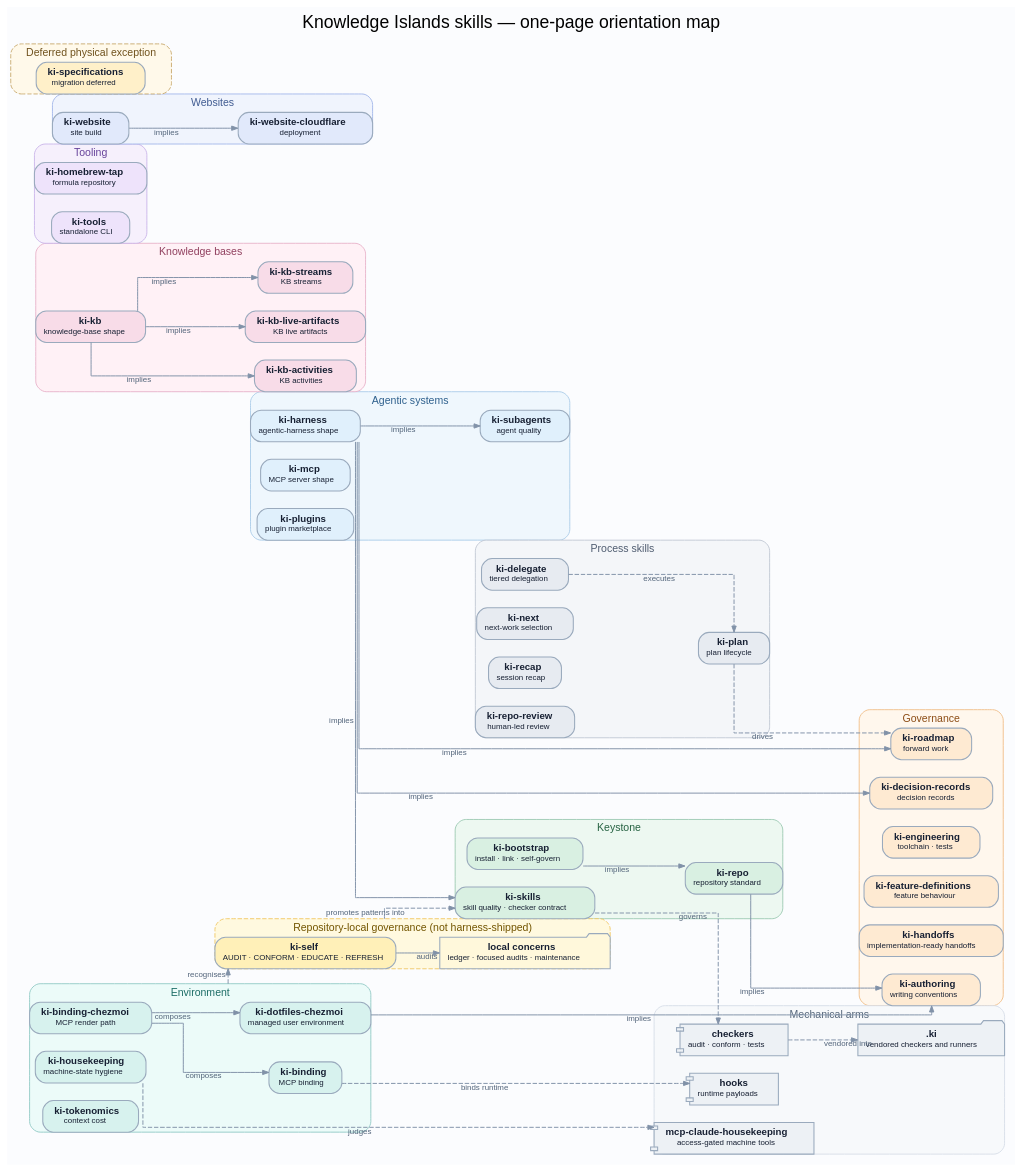
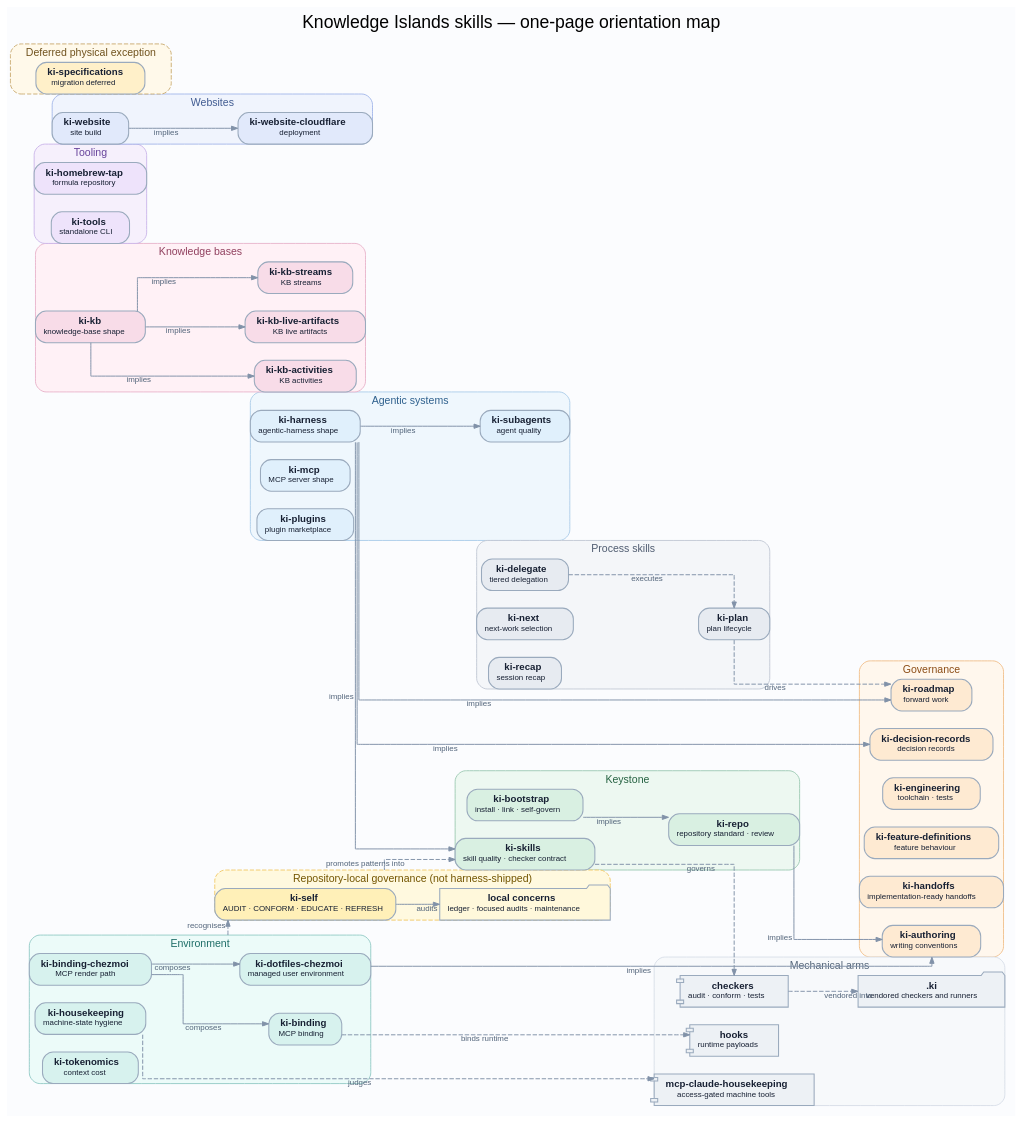
The diagram in docs/diagrams/skills-map.dot (knowledgeislands/arcadia-skills), drawn with Graphviz before and after one commit. The commit also changed 13 other files, not shown here.

Commit message:
refactor(ki-repo): fold repository review into REVIEW

```diff
--- a/docs/diagrams/skills-map.dot
+++ b/docs/diagrams/skills-map.dot
@@ -1,198 +1,197 @@
 // Canonical source for the harness skills map. DOT is authoritative; regenerate
 // skills-map.svg with: dot -Tsvg skills-map.dot -o skills-map.svg
 digraph skills_map {
   graph [
     bgcolor="#fbfcfe"
     color="#d9e1ea"
     compound=true
     fontname="Helvetica"
     fontsize=20
     label="Knowledge Islands skills — one-page orientation map"
     labelloc=t
     margin=0.25
     nodesep=0.28
     rankdir=LR
     ranksep=0.7
     splines=ortho
   ]
 
   node [
     color="#9aaabd"
     fontcolor="#172033"
     fontname="Helvetica"
     fontsize=11
     margin="0.13,0.08"
     penwidth=1.2
     shape=box
     style="rounded,filled"
   ]
 
   edge [
     arrowsize=0.7
     color="#8192a8"
     fontcolor="#52647a"
     fontname="Helvetica"
     fontsize=9
     penwidth=1.1
   ]
 
   subgraph cluster_agentic_systems {
     color="#a9cbe8"
     fontcolor="#2e608d"
     fontsize=12
     label="Agentic systems"
     style="rounded,filled"
     fillcolor="#eff7fd"
     harness [fillcolor="#e0f0fc", label=< <b>ki-harness</b><br/><font point-size="9">agentic-harness shape</font> >]
     mcp [fillcolor="#e0f0fc", label=< <b>ki-mcp</b><br/><font point-size="9">MCP server shape</font> >]
     plugins [fillcolor="#e0f0fc", label=< <b>ki-plugins</b><br/><font point-size="9">plugin marketplace</font> >]
     agents [fillcolor="#e0f0fc", label=< <b>ki-subagents</b><br/><font point-size="9">agent quality</font> >]
   }
 
   subgraph cluster_environment {
     color="#8fc9c4"
     fontcolor="#1d6d67"
     fontsize=12
     label="Environment"
     style="rounded,filled"
     fillcolor="#ecfbf9"
     binding [fillcolor="#d7f2ee", label=< <b>ki-binding</b><br/><font point-size="9">MCP binding</font> >]
     binding_chezmoi [fillcolor="#d7f2ee", label=< <b>ki-binding-chezmoi</b><br/><font point-size="9">MCP render path</font> >]
     dotfiles [fillcolor="#d7f2ee", label=< <b>ki-dotfiles-chezmoi</b><br/><font point-size="9">managed user environment</font> >]
     housekeeping [fillcolor="#d7f2ee", label=< <b>ki-housekeeping</b><br/><font point-size="9">machine-state hygiene</font> >]
     tokenomics [fillcolor="#d7f2ee", label=< <b>ki-tokenomics</b><br/><font point-size="9">context cost</font> >]
   }
 
   subgraph cluster_governance {
     color="#f0bd86"
     fontcolor="#8c4d16"
     fontsize=12
     label="Governance"
     style="rounded,filled"
     fillcolor="#fff7ed"
     authoring [fillcolor="#feead2", label=< <b>ki-authoring</b><br/><font point-size="9">writing conventions</font> >, tooltip="Markdown and TOML authoring conventions"]
     decisions [fillcolor="#feead2", label=< <b>ki-decision-records</b><br/><font point-size="9">decision records</font> >]
     engineering [fillcolor="#feead2", label=< <b>ki-engineering</b><br/><font point-size="9">toolchain · tests</font> >, tooltip="Engineering toolchain and tests"]
     features [fillcolor="#feead2", label=< <b>ki-feature-definitions</b><br/><font point-size="9">feature behaviour</font> >]
     handoffs [fillcolor="#feead2", label=< <b>ki-handoffs</b><br/><font point-size="9">implementation-ready handoffs</font> >]
     roadmap [fillcolor="#feead2", label=< <b>ki-roadmap</b><br/><font point-size="9">forward work</font> >]
   }
 
   subgraph cluster_keystone {
     color="#9ac8b1"
     fontcolor="#266242"
     fontsize=12
     label="Keystone"
     style="rounded,filled"
     fillcolor="#edf8f1"
     bootstrap [fillcolor="#d9f0e2", label=< <b>ki-bootstrap</b><br/><font point-size="9">install · link · self-govern</font> >, tooltip="Keystone installer and self-governance bootstrap"]
-    repo [fillcolor="#d9f0e2", label=< <b>ki-repo</b><br/><font point-size="9">repository standard</font> >, tooltip="Repository structure, settings, and .ki-config.toml"]
+    repo [fillcolor="#d9f0e2", label=< <b>ki-repo</b><br/><font point-size="9">repository standard · review</font> >, tooltip="Repository structure, settings, .ki-config.toml, and human-led review"]
     skills [fillcolor="#d9f0e2", label=< <b>ki-skills</b><br/><font point-size="9">skill quality · checker contract</font> >]
   }
 
   subgraph cluster_knowledge_bases {
     color="#e7b0c9"
     fontcolor="#91405f"
     fontsize=12
     label="Knowledge bases"
     style="rounded,filled"
     fillcolor="#fff1f6"
     kb [fillcolor="#f8dce8", label=< <b>ki-kb</b><br/><font point-size="9">knowledge-base shape</font> >]
     kb_activities [fillcolor="#f8dce8", label=< <b>ki-kb-activities</b><br/><font point-size="9">KB activities</font> >]
     kb_artifacts [fillcolor="#f8dce8", label=< <b>ki-kb-live-artifacts</b><br/><font point-size="9">KB live artifacts</font> >]
     kb_streams [fillcolor="#f8dce8", label=< <b>ki-kb-streams</b><br/><font point-size="9">KB streams</font> >]
   }
 
   subgraph cluster_process {
     color="#bfc6d3"
     fontcolor="#4f5c70"
     fontsize=12
     label="Process skills"
     style="rounded,filled"
     fillcolor="#f4f6f9"
     delegate [fillcolor="#e7ebf1", label=< <b>ki-delegate</b><br/><font point-size="9">tiered delegation</font> >]
     next [fillcolor="#e7ebf1", label=< <b>ki-next</b><br/><font point-size="9">next-work selection</font> >]
     plan [fillcolor="#e7ebf1", label=< <b>ki-plan</b><br/><font point-size="9">plan lifecycle</font> >]
     recap [fillcolor="#e7ebf1", label=< <b>ki-recap</b><br/><font point-size="9">session recap</font> >]
-    repo_review [fillcolor="#e7ebf1", label=< <b>ki-repo-review</b><br/><font point-size="9">human-led review</font> >]
   }
 
   subgraph cluster_tooling {
     color="#c9b3e8"
     fontcolor="#67439b"
     fontsize=12
     label="Tooling"
     style="rounded,filled"
     fillcolor="#f6f0fc"
     tap [fillcolor="#eee3fb", label=< <b>ki-homebrew-tap</b><br/><font point-size="9">formula repository</font> >]
     tools [fillcolor="#eee3fb", label=< <b>ki-tools</b><br/><font point-size="9">standalone CLI</font> >]
   }
 
   subgraph cluster_websites {
     color="#9fb4e8"
     fontcolor="#405b91"
     fontsize=12
     label="Websites"
     style="rounded,filled"
     fillcolor="#f0f4fd"
     website [fillcolor="#e1e9fb", label=< <b>ki-website</b><br/><font point-size="9">site build</font> >]
     cloudflare [fillcolor="#e1e9fb", label=< <b>ki-website-cloudflare</b><br/><font point-size="9">deployment</font> >]
   }
 
   subgraph cluster_deferred {
     color="#c7a76a"
     fontcolor="#70521d"
     fontsize=12
     label="Deferred physical exception"
     style="rounded,filled,dashed"
     fillcolor="#fff9ea"
     specifications [fillcolor="#fff0c9", label=< <b>ki-specifications</b><br/><font point-size="9">migration deferred</font> >]
   }
 
   subgraph cluster_local {
     color="#f1c65f"
     fontcolor="#735500"
     fontsize=12
     label="Repository-local governance (not harness-shipped)"
     style="rounded,filled,dashed"
     fillcolor="#fff9df"
     self [fillcolor="#fff0b8", label=< <b>ki-self</b><br/><font point-size="9">AUDIT · CONFORM · EDUCATE · REFRESH</font> >, tooltip="Local concerns; audit is the repository-local housekeeping audit"]
     concerns [fillcolor="#fff8db", label=< <b>local concerns</b><br/><font point-size="9">ledger · focused audits · maintenance</font> >, shape=folder, tooltip="Repository-specific checks and semi-regular human review"]
   }
 
   subgraph cluster_arms {
     color="#d6dde7"
     fontcolor="#56677b"
     fontsize=12
     label="Mechanical arms"
     style="rounded,filled"
     fillcolor="#f7f9fb"
     checkers [fillcolor="#edf1f5", label=< <b>checkers</b><br/><font point-size="9">audit · conform · tests</font> >, shape=component]
     meta [fillcolor="#edf1f5", label=< <b>.ki</b><br/><font point-size="9">vendored checkers and runners</font> >, shape=folder]
     mcp_housekeeping [fillcolor="#edf1f5", label=< <b>mcp-claude-housekeeping</b><br/><font point-size="9">access-gated machine tools</font> >, shape=component]
     hooks [fillcolor="#edf1f5", label=< <b>hooks</b><br/><font point-size="9">runtime payloads</font> >, shape=component]
   }
 
   bootstrap -> repo [xlabel="implies"]
   repo -> authoring [xlabel="implies"]
   harness -> skills [xlabel="implies"]
   harness -> agents [xlabel="implies"]
   harness -> decisions [xlabel="implies"]
   harness -> roadmap [xlabel="implies"]
   kb -> kb_activities [xlabel="implies"]
   kb -> kb_artifacts [xlabel="implies"]
   kb -> kb_streams [xlabel="implies"]
   website -> cloudflare [xlabel="implies"]
   dotfiles -> authoring [xlabel="implies"]
   binding_chezmoi -> binding [xlabel="composes"]
   binding_chezmoi -> dotfiles [xlabel="composes"]
   plan -> roadmap [xlabel="drives", style=dashed]
   delegate -> plan [xlabel="executes", style=dashed]
   housekeeping -> mcp_housekeeping [xlabel="judges", style=dashed]
   housekeeping -> self [xlabel="recognises", style=dashed, ltail=cluster_environment, lhead=cluster_local]
   self -> concerns [xlabel="audits"]
   self -> skills [xlabel="promotes patterns into", style=dashed, ltail=cluster_local, lhead=cluster_keystone]
   skills -> checkers [xlabel="governs", style=dashed]
   checkers -> meta [xlabel="vendored into", style=dashed]
   binding -> hooks [xlabel="binds runtime", style=dashed]
 }
```
